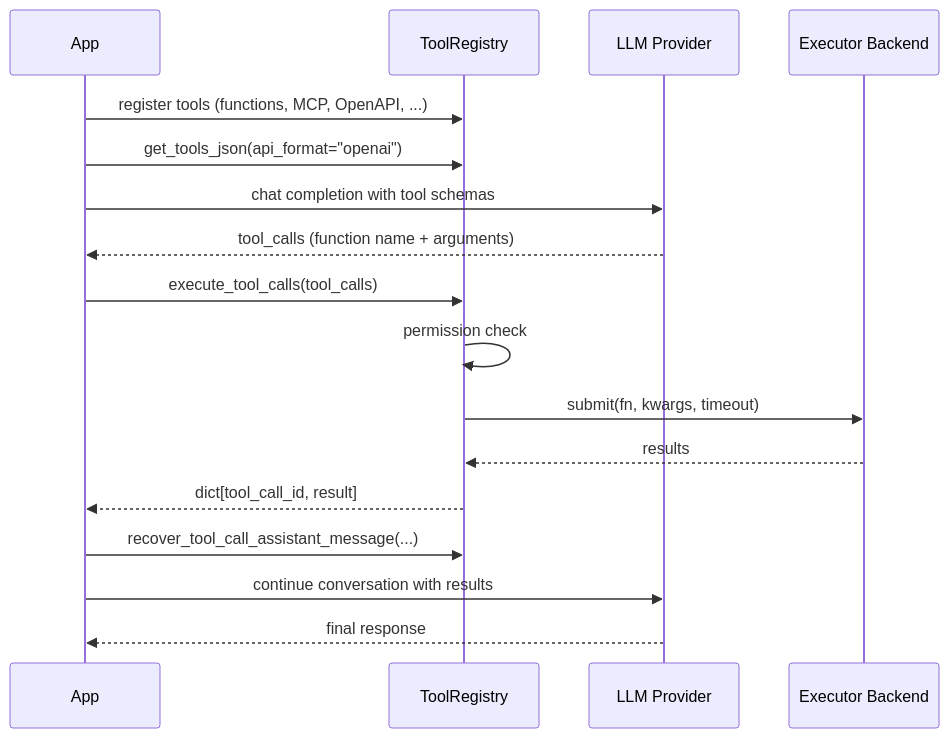
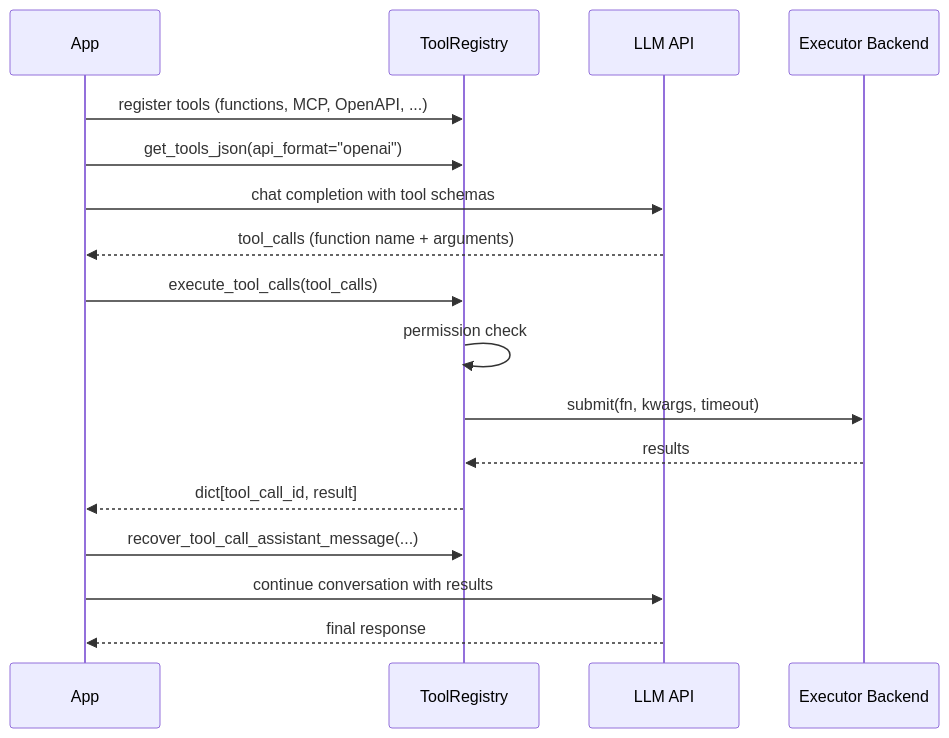
Before and after one commit to Oaklight/ToolRegistry: the second of 2 diagrams in docs/architecture/overview.md, drawn with Mermaid. The commit also changed other lines of this file and 8 other files, not shown here.

First line of the commit message:
docs: replace "provider" with "API format" terminology

````diff
--- a/docs/architecture/overview.md
+++ b/docs/architecture/overview.md
@@ -84,20 +84,20 @@
 ```mermaid
 sequenceDiagram
     participant App
     participant Registry as ToolRegistry
-    participant LLM as LLM Provider
+    participant LLM as LLM API
     participant Backend as Executor Backend
 
     App->>Registry: register tools (functions, MCP, OpenAPI, ...)
     App->>Registry: get_tools_json(api_format="openai")
     App->>LLM: chat completion with tool schemas
     LLM-->>App: tool_calls (function name + arguments)
     App->>Registry: execute_tool_calls(tool_calls)
     Registry->>Registry: permission check
     Registry->>Backend: submit(fn, kwargs, timeout)
     Backend-->>Registry: results
     Registry-->>App: dict[tool_call_id, result]
     App->>Registry: recover_tool_call_assistant_message(...)
     App->>LLM: continue conversation with results
     LLM-->>App: final response
 ```
````
